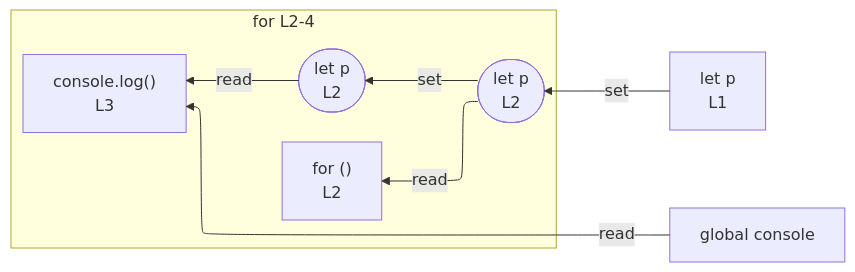
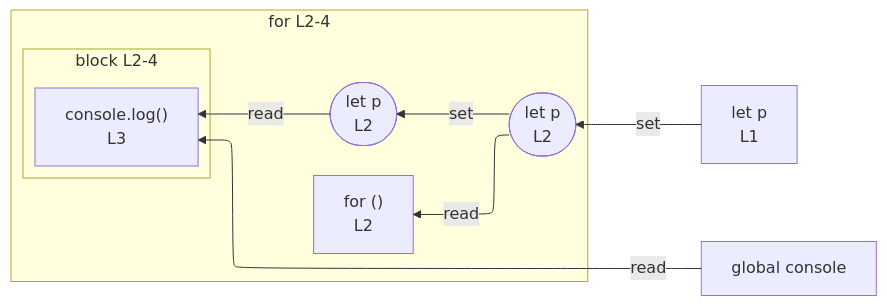
Before and after one commit to crescware/unsnarl: the diagram in integration/fixtures/iteration-statement/classic-for/init-as-expression/preview.md, drawn with Mermaid. The commit also changed 106 other files, not shown here.

````diff
--- a/integration/fixtures/iteration-statement/classic-for/init-as-expression/preview.md
+++ b/integration/fixtures/iteration-statement/classic-for/init-as-expression/preview.md
@@ -14,18 +14,21 @@
 ```mermaid
 %%{init: {"flowchart": {"defaultRenderer": "elk"}}}%%
 flowchart RL
   n_scope_0_p_4["let p<br/>L1"]
   n_scope_0_console_35["global console"]
   subgraph s_scope_1["for L2-4"]
     direction RL
     for_test_scope_0_7["for ()<br/>L2"]
     wr_ref_0(["let p<br/>L2"])
     wr_ref_2(["let p<br/>L2"])
-    expr_stmt_35["console.log()<br/>L3"]
+    subgraph s_scope_2["block L2-4"]
+      direction RL
+      expr_stmt_35["console.log()<br/>L3"]
+    end
   end
   n_scope_0_p_4 -->|set| wr_ref_0
   wr_ref_0 -->|set| wr_ref_2
   wr_ref_0 -->|read| for_test_scope_0_7
   n_scope_0_console_35 -->|read| expr_stmt_35
   wr_ref_2 -->|read| expr_stmt_35
 ```
````
